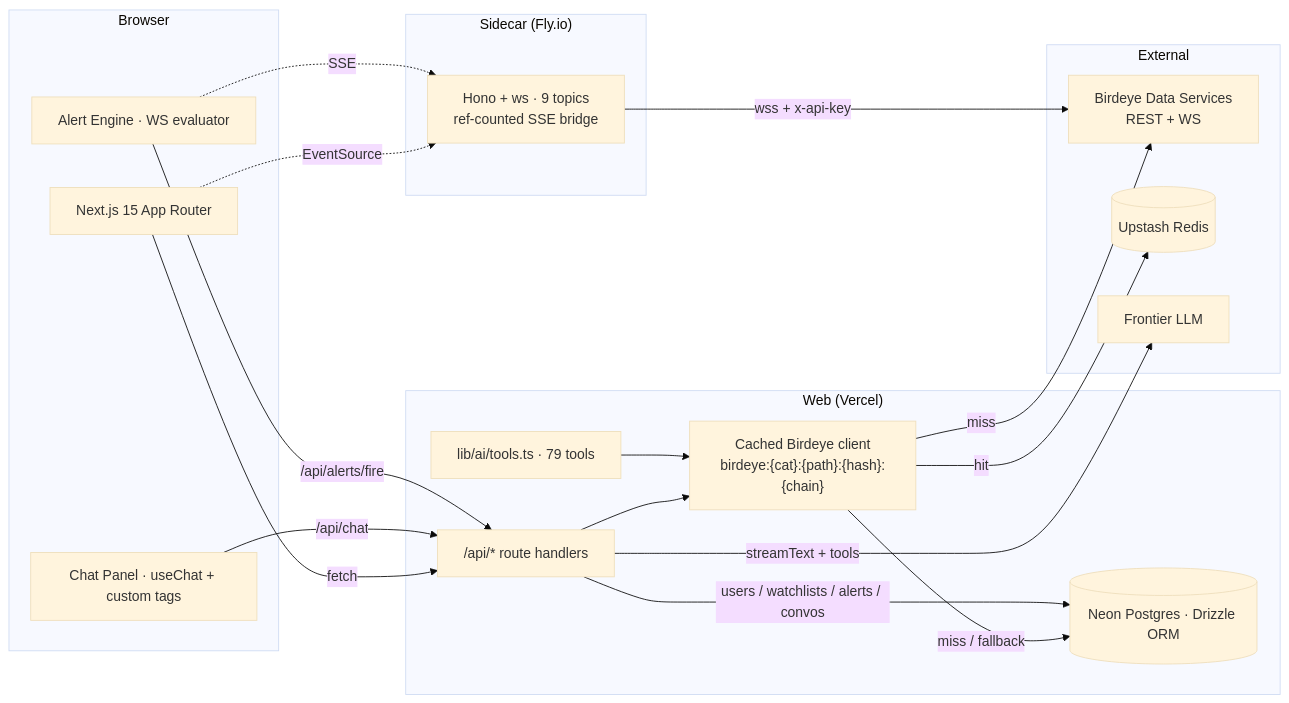
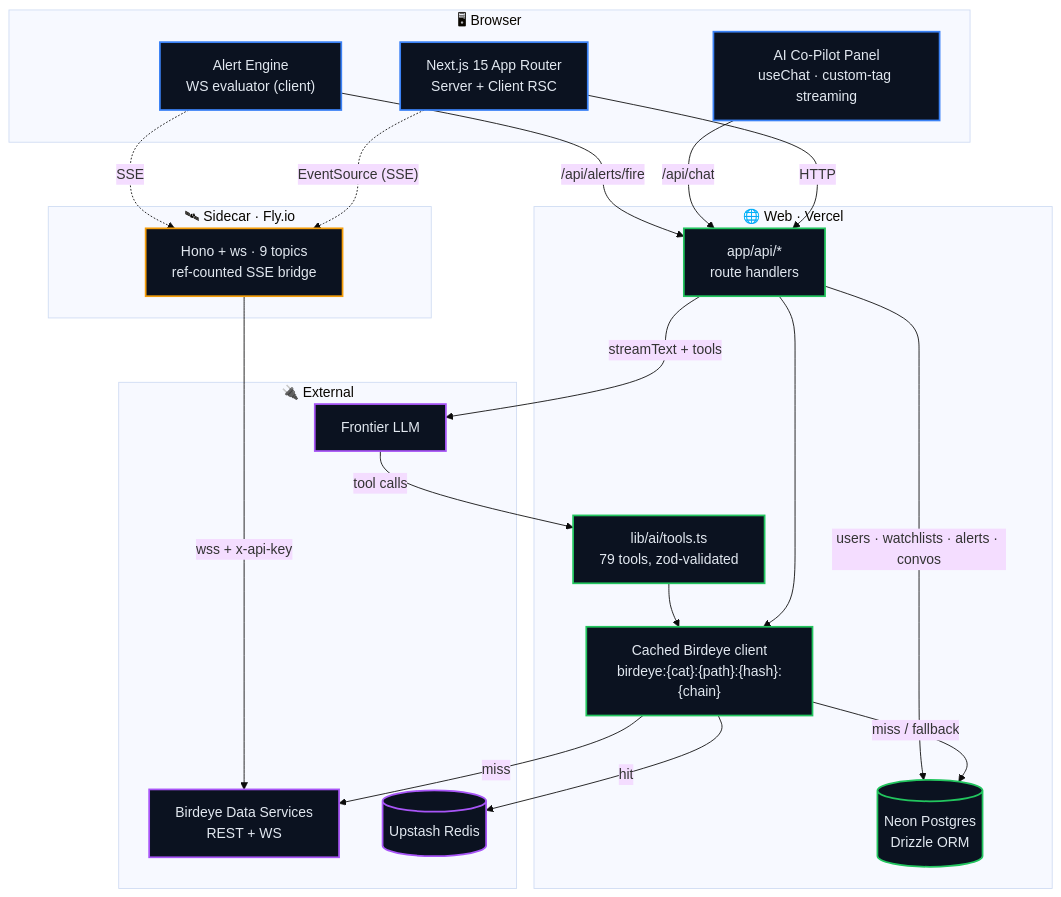
One commit to Sushant6095/birdeye-alpha-os changed the first of 6 diagrams in README.md. Above: the diagram before and after it, drawn with Mermaid (base theme). The commit also changed other lines of this file, not shown here.

Commit message:
docs: rewrite README — system diagrams, request lifecycle, cache + WS fan-out, AI tool loop, verdict flow

````diff
--- a/README.md
+++ b/README.md
@@ -46,39 +47,50 @@
 ```mermaid
-flowchart LR
-    subgraph Browser
-      UI[Next.js 15 App Router]
-      Chat[Chat Panel · useChat + custom tags]
-      AlertEng[Alert Engine · WS evaluator]
+flowchart TB
+    classDef browser fill:#0B1220,stroke:#3B82F6,color:#E2E8F0,stroke-width:2px
+    classDef web fill:#0B1220,stroke:#22C55E,color:#E2E8F0,stroke-width:2px
+    classDef edge fill:#0B1220,stroke:#F59E0B,color:#E2E8F0,stroke-width:2px
+    classDef ext fill:#0B1220,stroke:#A855F7,color:#E2E8F0,stroke-width:2px
+
+    subgraph BROWSER ["🖥  Browser"]
+        UI["Next.js 15 App Router<br/>Server + Client RSC"]
+        Chat["AI Co-Pilot Panel<br/>useChat · custom-tag streaming"]
+        ALERT["Alert Engine<br/>WS evaluator (client)"]
     end
 
-    subgraph "Web (Vercel)"
-      API["/api/* route handlers"]
-      Tools["lib/ai/tools.ts · 79 tools"]
-      Cached["Cached Birdeye client\nbirdeye:{cat}:{path}:{hash}:{chain}"]
-      DB[(Neon Postgres · Drizzle ORM)]
+    subgraph WEB ["🌐  Web · Vercel"]
+        ROUTES["app/api/*<br/>route handlers"]
+        TOOLS["lib/ai/tools.ts<br/>79 tools, zod-validated"]
+        CACHED["Cached Birdeye client<br/>birdeye:{cat}:{path}:{hash}:{chain}"]
+        DB[("Neon Postgres<br/>Drizzle ORM")]
     end
 
-    subgraph "Sidecar (Fly.io)"
-      Sidecar["Hono + ws · 9 topics\nref-counted SSE bridge"]
+    subgraph SIDE ["🛰  Sidecar · Fly.io"]
+        SC["Hono + ws · 9 topics<br/>ref-counted SSE bridge"]
     end
 
-    subgraph "External"
-      Birdeye["Birdeye Data Services\nREST + WS"]
-      Redis[(Upstash Redis)]
-      LLM[Frontier LLM]
+    subgraph EXT ["🔌  External"]
+        BE["Birdeye Data Services<br/>REST + WS"]
+        RED[("Upstash Redis")]
+        LLM["Frontier LLM"]
     end
 
-    UI -->|fetch| API
-    UI -. EventSource .-> Sidecar
-    API --> Cached
-    Chat -->|/api/chat| API
-    API -->|streamText + tools| LLM
-    Tools --> Cached
-    Cached -->|hit| Redis
-    Cached -->|miss / fallback| DB
-    Cached -->|miss| Birdeye
-    API -->|users / watchlists / alerts / convos| DB
-    Sidecar -->|wss + x-api-key| Birdeye
-    AlertEng -. SSE .-> Sidecar
-    AlertEng -->|/api/alerts/fire| API
+    UI -->|HTTP| ROUTES
+    UI -. "EventSource (SSE)" .-> SC
+    Chat -->|/api/chat| ROUTES
+    ROUTES --> CACHED
+    ROUTES -->|streamText + tools| LLM
+    LLM -->|tool calls| TOOLS
+    TOOLS --> CACHED
+    CACHED -->|hit| RED
+    CACHED -->|miss / fallback| DB
+    CACHED -->|miss| BE
+    ROUTES -->|users · watchlists · alerts · convos| DB
+    SC -->|wss + x-api-key| BE
+    ALERT -. SSE .-> SC
+    ALERT -->|/api/alerts/fire| ROUTES
+
+    class UI,Chat,ALERT browser
+    class ROUTES,TOOLS,CACHED,DB web
+    class SC edge
+    class BE,RED,LLM ext
 ```
````
